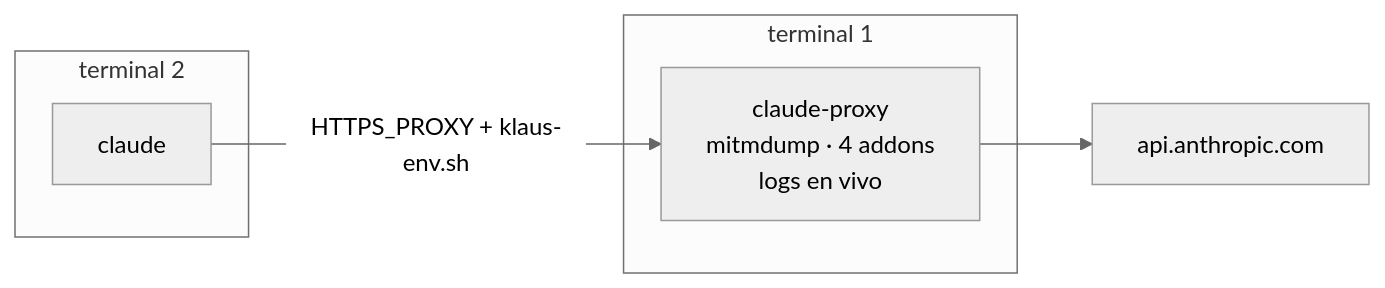
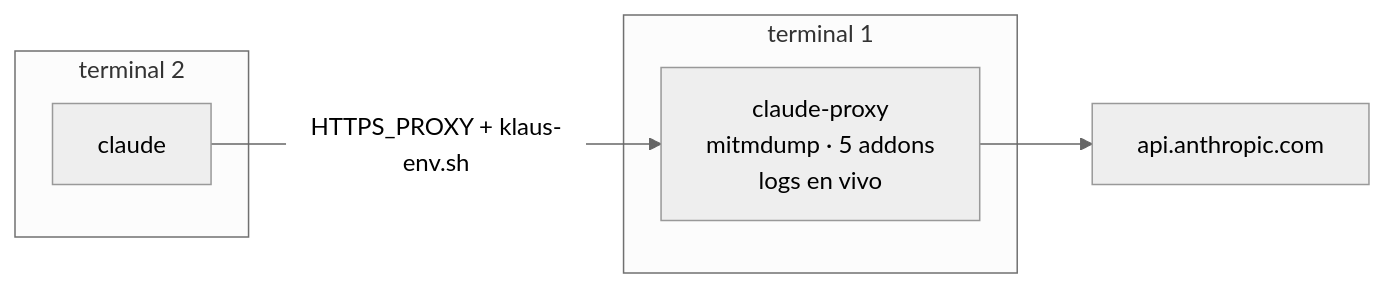
The second of 3 diagrams in docs/anthropic-audit-proxy.md (Ka0s-Klaus/klaus-proxy-local), drawn with Mermaid (neutral theme) before and after one commit. The commit also changed other lines of this file and 18 other files, not shown here.

````diff
--- a/docs/anthropic-audit-proxy.md
+++ b/docs/anthropic-audit-proxy.md
@@ -110,10 +110,10 @@
 ```mermaid
 flowchart LR
     subgraph t1[terminal 1]
-      P[claude-proxy<br/>mitmdump · 4 addons<br/>logs en vivo]
+      P[claude-proxy<br/>mitmdump · 5 addons<br/>logs en vivo]
     end
     subgraph t2[terminal 2]
       C[claude] -->|HTTPS_PROXY + klaus-env.sh| P
     end
     P --> A[api.anthropic.com]
 ```
````
